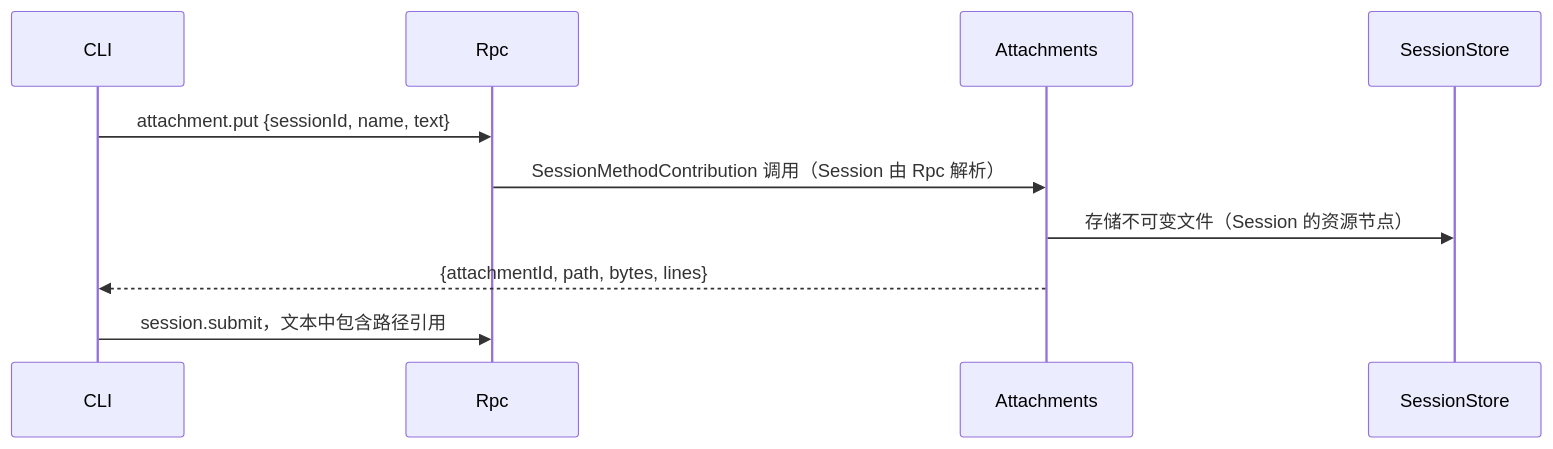
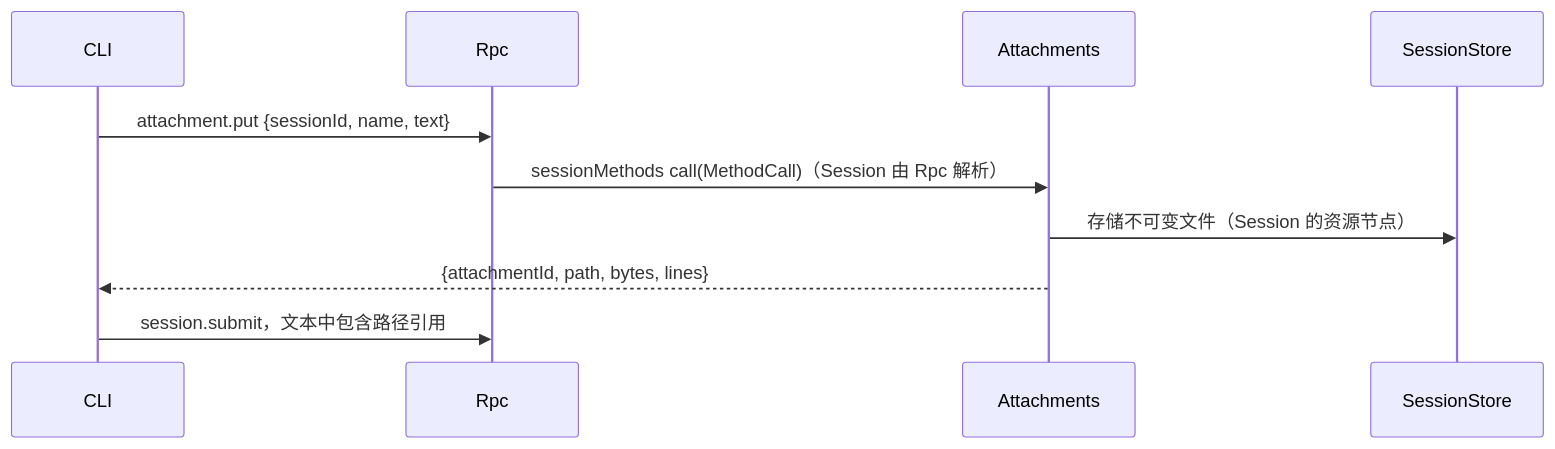
The fourth of 4 diagrams in docs/zh/design/plugins/Attachments.md (CoutinhoTTS/dim-agent), drawn with Mermaid before and after one commit. The commit also changed other lines of this file and 18 other files, not shown here.

````diff
--- a/docs/zh/design/plugins/Attachments.md
+++ b/docs/zh/design/plugins/Attachments.md
@@ -77,12 +77,12 @@
 ```mermaid
 sequenceDiagram
   participant C as CLI
   participant R as Rpc
   participant A as Attachments
   participant SS as SessionStore
   C->>R: attachment.put {sessionId, name, text}
-  R->>A: SessionMethodContribution 调用（Session 由 Rpc 解析）
+  R->>A: sessionMethods call(MethodCall)（Session 由 Rpc 解析）
   A->>SS: 存储不可变文件（Session 的资源节点）
   A-->>C: {attachmentId, path, bytes, lines}
   C->>R: session.submit，文本中包含路径引用
 ```
````
